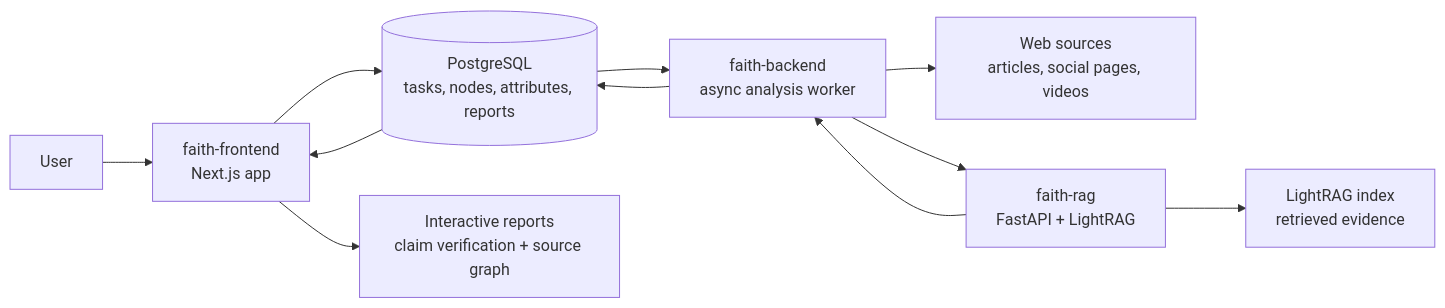
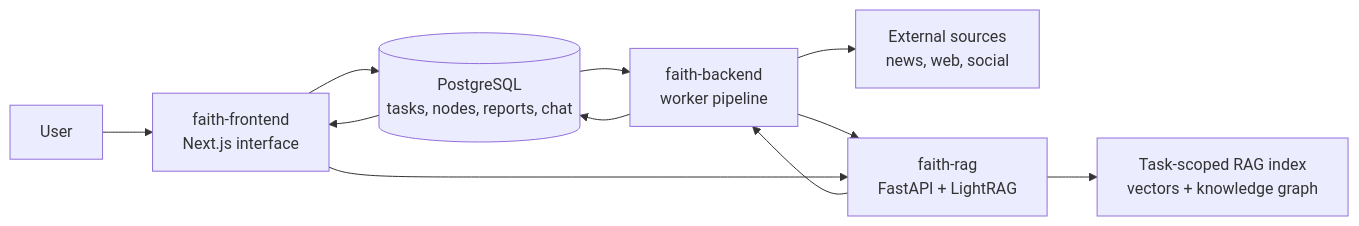
The diagram in README.md (kinhei/faith), drawn with Mermaid before and after one commit. The commit also changed other lines of this file and 1 other file, not shown here.

````diff
--- a/README.md
+++ b/README.md
@@ -18,13 +101,13 @@
 ```mermaid
 flowchart LR
-    user["User"] --> frontend["faith-frontend<br/>Next.js app"]
-    frontend --> db[("PostgreSQL<br/>tasks, nodes, attributes, reports")]
-    db --> backend["faith-backend<br/>async analysis worker"]
-    backend --> sources["Web sources<br/>articles, social pages, videos"]
+    user["User"] --> frontend["faith-frontend<br/>Next.js interface"]
+    frontend --> db[("PostgreSQL<br/>tasks, nodes, reports, chat")]
+    db --> backend["faith-backend<br/>worker pipeline"]
+    backend --> sources["External sources<br/>news, web, social"]
     backend --> db
     backend --> rag["faith-rag<br/>FastAPI + LightRAG"]
-    rag --> vector["LightRAG index<br/>retrieved evidence"]
+    rag --> index["Task-scoped RAG index<br/>vectors + knowledge graph"]
     rag --> backend
-    frontend --> reports["Interactive reports<br/>claim verification + source graph"]
+    frontend --> rag
     db --> frontend
 ```
````
